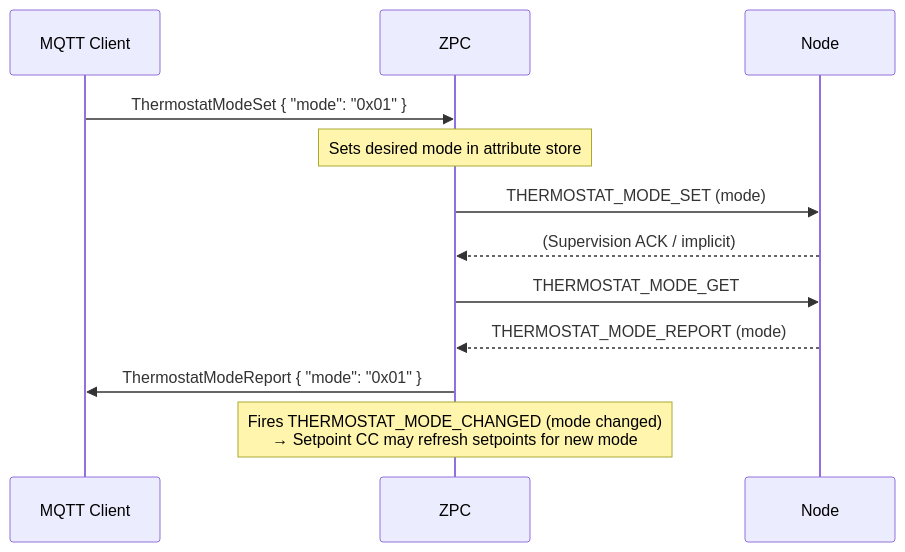
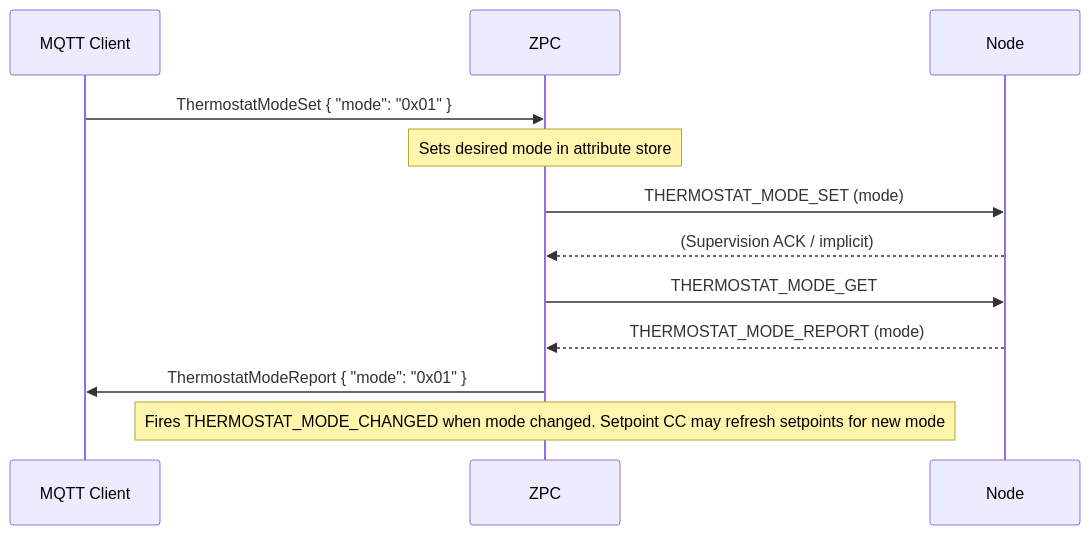
One commit to SiliconLabsSoftware/z-wave-protocol-controller changed the second of 4 diagrams in components/command_classes/command_class_thermostat_mode/doc/sequence_diagrams.md. Above: the diagram before and after it, drawn with Mermaid. The commit also changed other lines of this file and 14 other files, not shown here.

First line of the commit message:
#100: Fix invalid mermaid diagrams and add CI checks (#104)

````diff
--- a/components/command_classes/command_class_thermostat_mode/doc/sequence_diagrams.md
+++ b/components/command_classes/command_class_thermostat_mode/doc/sequence_diagrams.md
@@ -20,15 +20,15 @@
 ```mermaid
 sequenceDiagram
     participant MQTT Client
     participant ZPC
     participant Node
 
     MQTT Client->>ZPC: ThermostatModeSet { "mode": "0x01" }
     Note over ZPC: Sets desired mode in attribute store
     ZPC->>Node: THERMOSTAT_MODE_SET (mode)
     Node-->>ZPC: (Supervision ACK / implicit)
     ZPC->>Node: THERMOSTAT_MODE_GET
     Node-->>ZPC: THERMOSTAT_MODE_REPORT (mode)
     ZPC->>MQTT Client: ThermostatModeReport { "mode": "0x01" }
-    Note over ZPC: Fires THERMOSTAT_MODE_CHANGED (mode changed)<br/>→ Setpoint CC may refresh setpoints for new mode
+    Note over ZPC: Fires THERMOSTAT_MODE_CHANGED when mode changed. Setpoint CC may refresh setpoints for new mode
 ```
````
